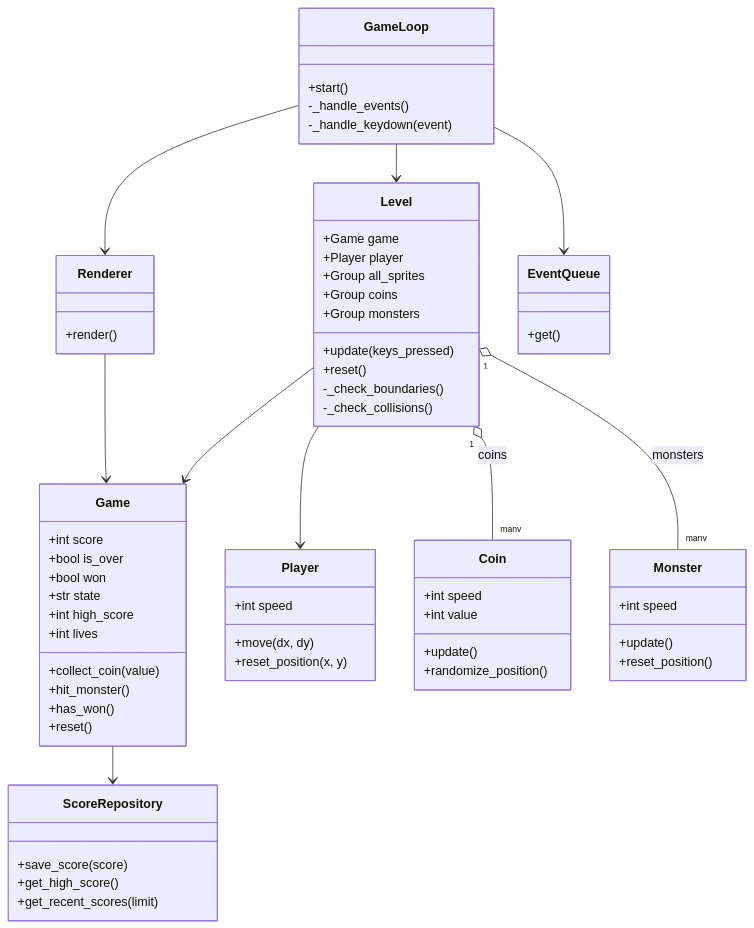
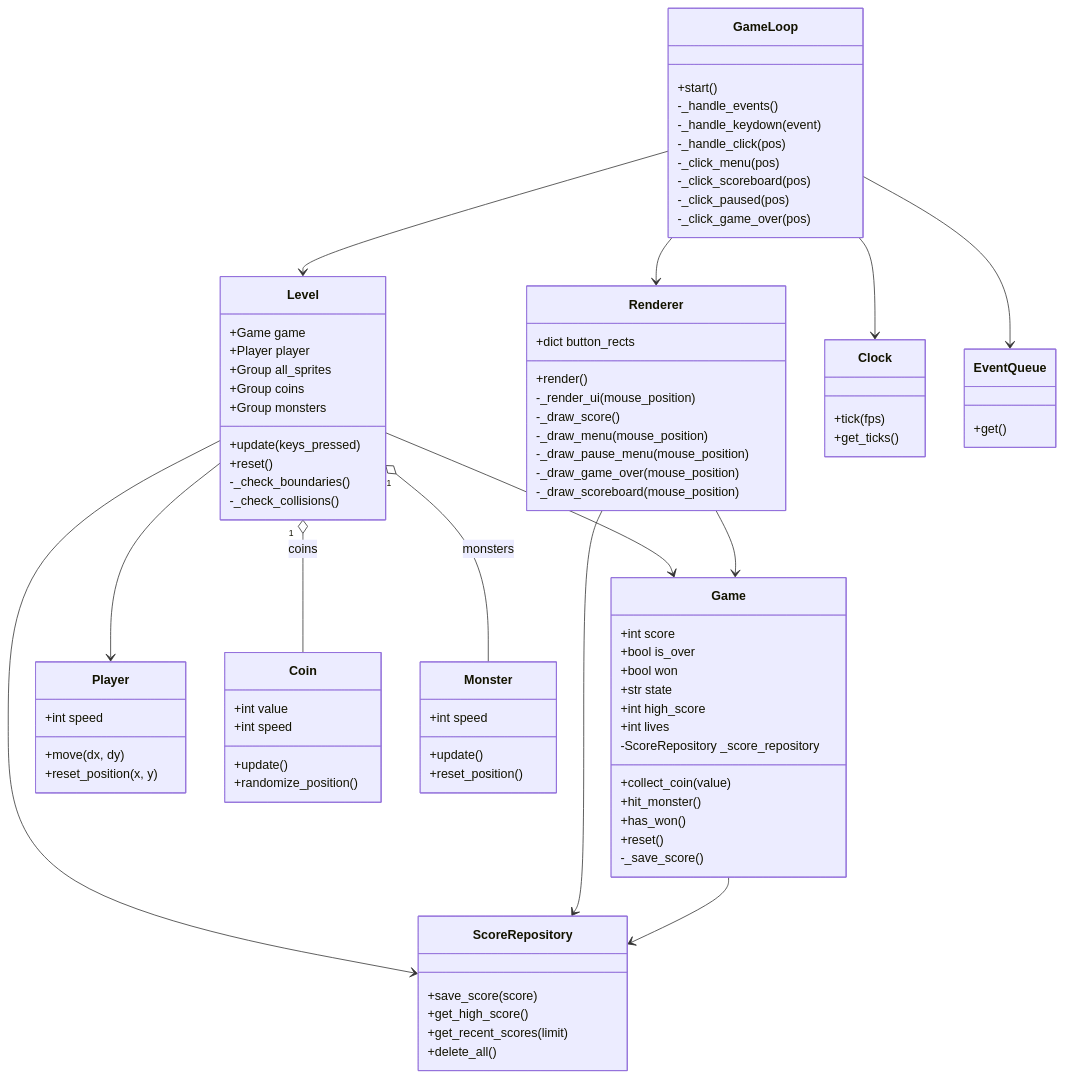
Before and after one commit to hodelma/ot-harjoitustyo: the first of 4 diagrams in coin-collecter-app/dokumentaatio/arkkitehtuuri.md, drawn with Mermaid. The commit also changed other lines of this file, not shown here.

````diff
--- a/coin-collecter-app/dokumentaatio/arkkitehtuuri.md
+++ b/coin-collecter-app/dokumentaatio/arkkitehtuuri.md
@@ -103,12 +103,14 @@
       +str state
       +int high_score
       +int lives
+      -ScoreRepository _score_repository
       +collect_coin(value)
       +hit_monster()
       +has_won()
       +reset()
+      -_save_score()
     }
-
+ 
     class Level {
       +Game game
       +Player player
@@ -120,53 +122,74 @@
       -_check_boundaries()
       -_check_collisions()
     }
-
+ 
     class Player {
       +int speed
       +move(dx, dy)
       +reset_position(x, y)
     }
-
+ 
     class Coin {
+      +int value
       +int speed
-      +int value
       +update()
       +randomize_position()
     }
-
+ 
     class Monster {
       +int speed
       +update()
       +reset_position()
     }
-
+ 
     class GameLoop {
       +start()
       -_handle_events()
       -_handle_keydown(event)
+      -_handle_click(pos)
+      -_click_menu(pos)
+      -_click_scoreboard(pos)
+      -_click_paused(pos)
+      -_click_game_over(pos)
     }
-
+ 
     class Renderer {
+      +dict button_rects
       +render()
+      -_render_ui(mouse_position)
+      -_draw_score()
+      -_draw_menu(mouse_position)
+      -_draw_pause_menu(mouse_position)
+      -_draw_game_over(mouse_position)
+      -_draw_scoreboard(mouse_position)
     }
-
+ 
+    class Clock {
+      +tick(fps)
+      +get_ticks()
+    }
+ 
     class EventQueue {
       +get()
     }
-
+ 
     class ScoreRepository {
       +save_score(score)
       +get_high_score()
       +get_recent_scores(limit)
+      +delete_all()
     }
-
+ 
     Level --> Game
+    Level --> ScoreRepository
     Level --> Player
-    Level "1" o-- "many" Coin : coins
-    Level "1" o-- "many" Monster : monsters
+    Level "1" o-- Coin : coins
+    Level "1" o-- Monster : monsters
     GameLoop --> Level
     GameLoop --> Renderer
     GameLoop --> EventQueue
+    GameLoop --> Clock
     Renderer --> Game
+    Renderer --> ScoreRepository
     Game --> ScoreRepository
 ```
````
